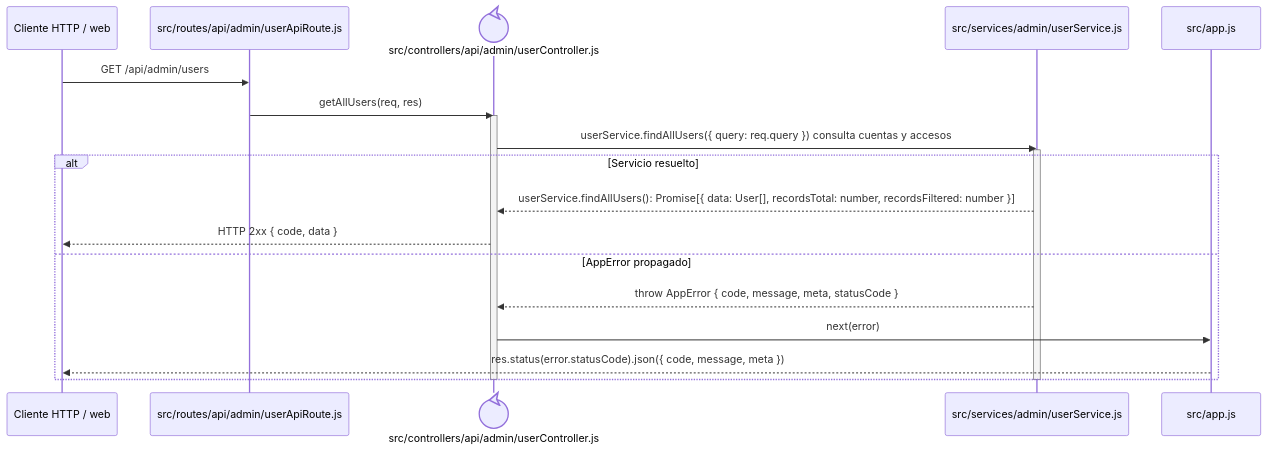
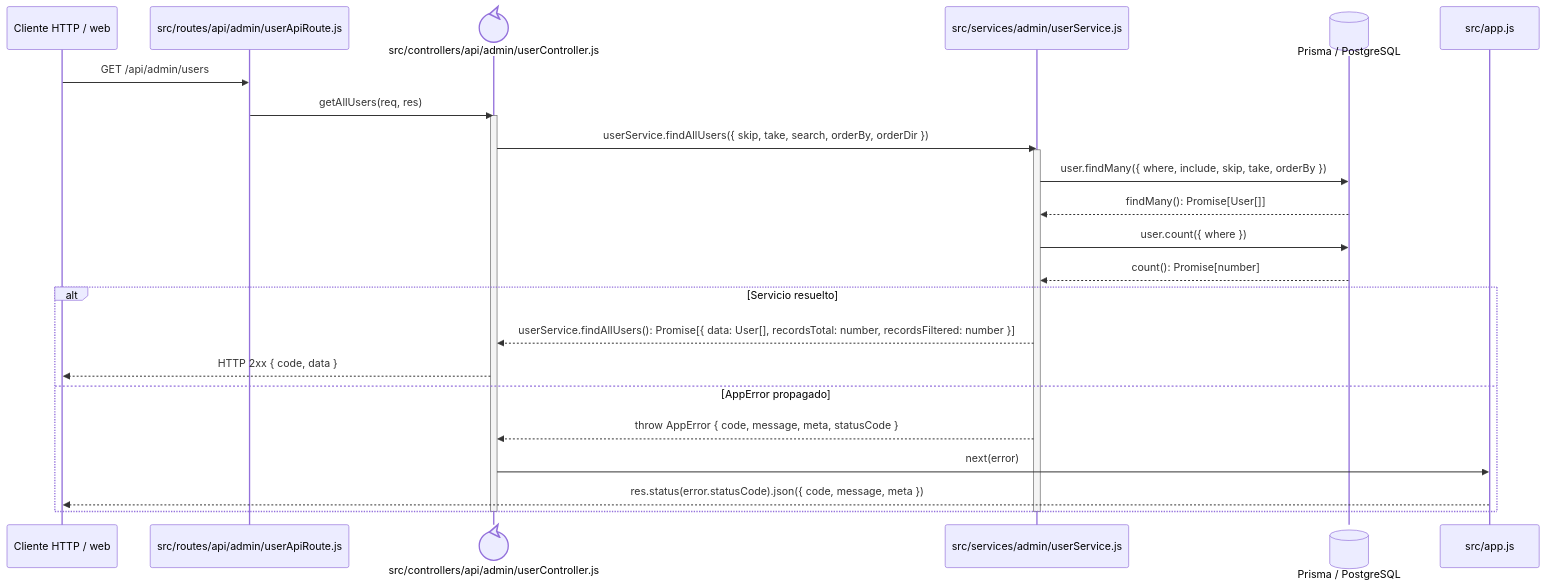
One commit to gpgsistemas01/nexus changed the diagram in docs/architecture/backend-code-sequences/identity-access/cu-ida-05.md. Above: the diagram before and after it, drawn with Mermaid. The commit also changed 22 other files, not shown here.

````diff
--- a/docs/architecture/backend-code-sequences/identity-access/cu-ida-05.md
+++ b/docs/architecture/backend-code-sequences/identity-access/cu-ida-05.md
@@ -6,24 +6,29 @@
 ```mermaid
 sequenceDiagram
     participant Client as Cliente HTTP / web
     participant Route as src/routes/api/admin/userApiRoute.js
     participant Controller@{ "type": "control" } as src/controllers/api/admin/userController.js
     participant Domain as src/services/admin/userService.js
+    participant Prisma@{ "type": "database" } as Prisma / PostgreSQL
     participant ErrorHandler as src/app.js
 
     Client->>Route: GET /api/admin/users
     Route->>Controller: getAllUsers(req, res)
     activate Controller
-    Controller->>Domain: userService.findAllUsers({ query: req.query }) consulta cuentas y accesos
+    Controller->>Domain: userService.findAllUsers({ skip, take, search, orderBy, orderDir })
     activate Domain
+    Domain->>Prisma: user.findMany({ where, include, skip, take, orderBy })
+    Prisma-->>Domain: findMany(): Promise[User[]]
+    Domain->>Prisma: user.count({ where })
+    Prisma-->>Domain: count(): Promise[number]
     alt Servicio resuelto
         Domain-->>Controller: userService.findAllUsers(): Promise[{ data: User[], recordsTotal: number, recordsFiltered: number }]
         Controller-->>Client: HTTP 2xx { code, data }
     else AppError propagado
         Domain-->>Controller: throw AppError { code, message, meta, statusCode }
         Controller->>ErrorHandler: next(error)
         ErrorHandler-->>Client: res.status(error.statusCode).json({ code, message, meta })
     end
     deactivate Domain
     deactivate Controller
 ```
````
